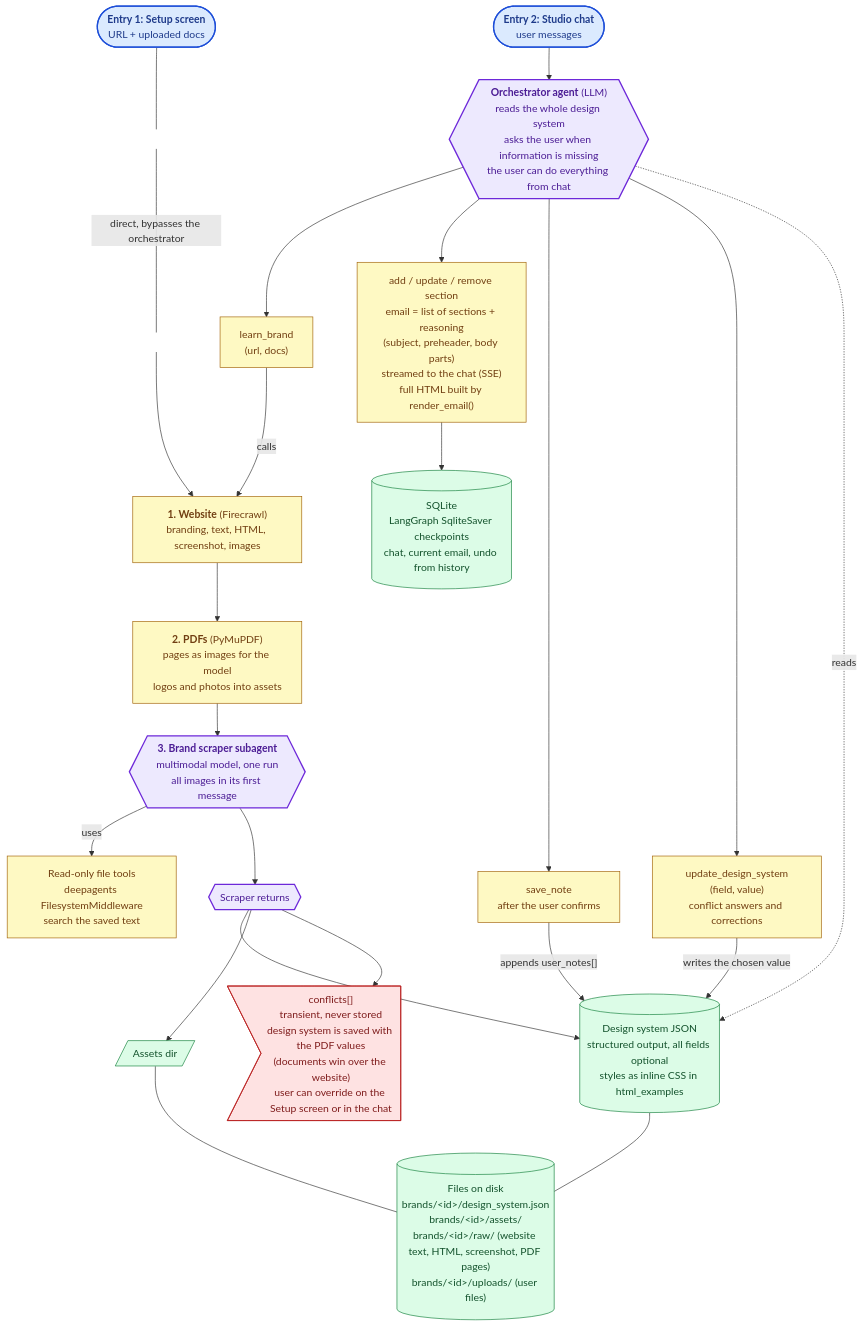
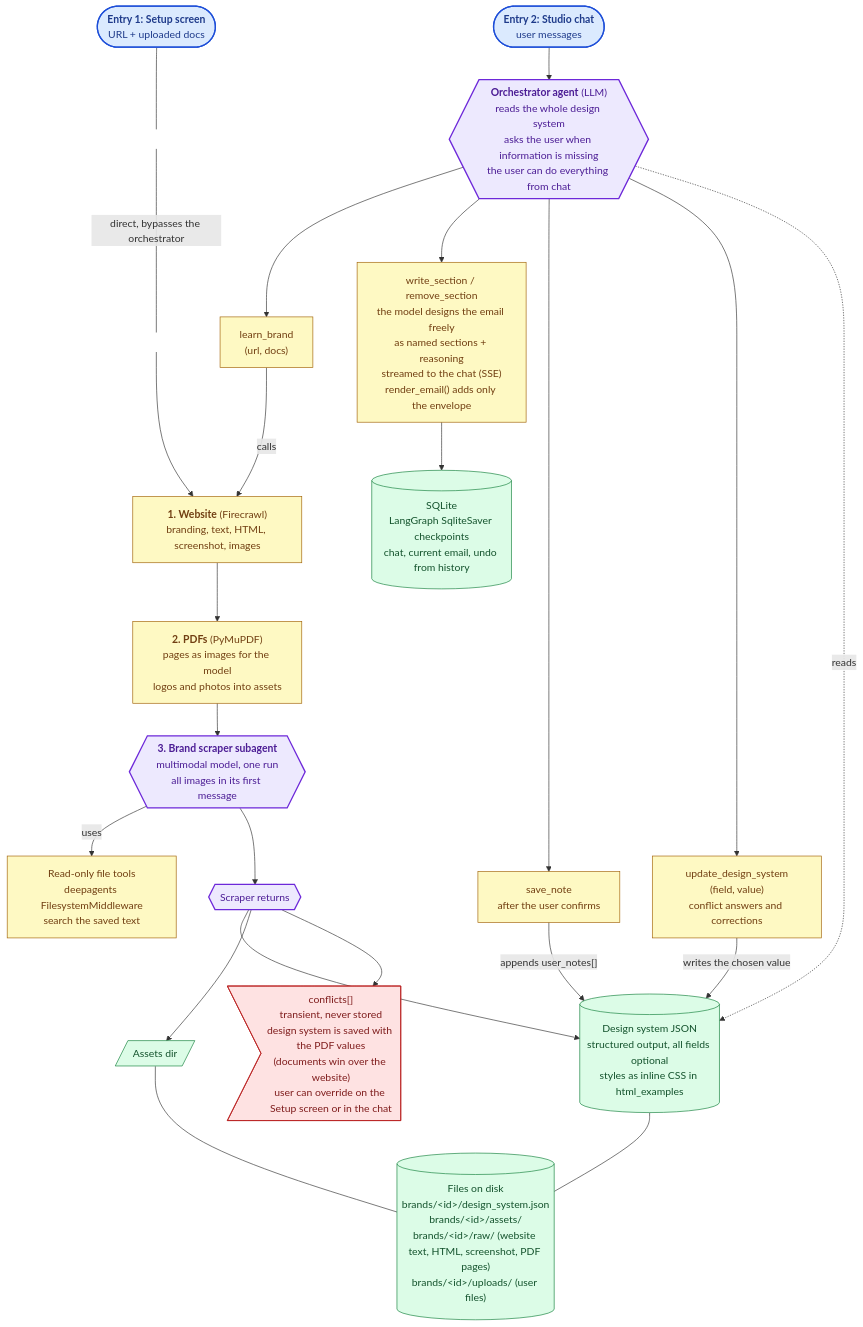
One commit to fed3c3sa/textyess-email-agent changed the diagram in README.md. Above: the diagram before and after it, drawn with Mermaid. The commit also changed other lines of this file, not shown here.

Commit message:
refine email section handling and update README for clarity on email design process

````diff
--- a/README.md
+++ b/README.md
@@ -8,67 +8,67 @@
 ```mermaid
 flowchart TB
     SETUPUI(["<b>Entry 1: Setup screen</b><br/>URL + uploaded docs"])
     CHAT(["<b>Entry 2: Studio chat</b><br/>user messages"])
 
     SCRAPER{{"<b>3. Brand scraper subagent</b><br/>multimodal model, one run<br/>all images in its first message"}}
     ORCH{{"<b>Orchestrator agent</b> (LLM)<br/>reads the whole design system<br/>asks the user when information is missing<br/>the user can do everything from chat"}}
 
     FSMW["Read-only file tools<br/>deepagents FilesystemMiddleware<br/>search the saved text"]
     WEB["<b>1. Website</b> (Firecrawl)<br/>branding, text, HTML, screenshot, images"]
     PDF["<b>2. PDFs</b> (PyMuPDF)<br/>pages as images for the model<br/>logos and photos into assets"]
 
     LEARN["learn_brand<br/>(url, docs)"]
-    SECT["add / update / remove section<br/>email = list of sections + reasoning<br/>(subject, preheader, body parts)<br/>streamed to the chat (SSE)<br/>full HTML built by render_email()"]
+    SECT["write_section / remove_section<br/>the model designs the email freely<br/>as named sections + reasoning<br/>streamed to the chat (SSE)<br/>render_email() adds only the envelope"]
     NOTE["save_note<br/>after the user confirms"]
     UPDATE["update_design_system<br/>(field, value)<br/>conflict answers and corrections"]
 
     RET{{"Scraper returns"}}
     DS[("Design system JSON<br/>structured output, all fields optional<br/>styles as inline CSS in html_examples")]
     ASSETS[/"Assets dir"/]
     CONF>"conflicts[]<br/>transient, never stored<br/>design system is saved with the PDF values<br/>(documents win over the website)<br/>user can override on the Setup screen or in the chat"]
 
     STORE[("SQLite<br/>LangGraph SqliteSaver checkpoints<br/>chat, current email, undo from history")]
     FILES[("Files on disk<br/>brands/&lt;id&gt;/design_system.json<br/>brands/&lt;id&gt;/assets/<br/>brands/&lt;id&gt;/raw/ (website text, HTML, screenshot, PDF pages)<br/>brands/&lt;id&gt;/uploads/ (user files)")]
 
     SP1[" "]
     SP2[" "]
     SETUPUI --- SP1
     SP1 -- "direct, bypasses the orchestrator" --- SP2
     SP2 --> WEB
     CHAT --> ORCH
 
     ORCH --> LEARN
     ORCH --> SECT
     ORCH --> NOTE
     ORCH --> UPDATE
     LEARN -- "calls" --> WEB
 
     WEB --> PDF
     PDF --> SCRAPER
     SCRAPER -- "uses" --> FSMW
     SCRAPER --> RET
 
     RET --> DS
     RET --> ASSETS
     RET --> CONF
 
     NOTE -- "appends user_notes[]" --> DS
     UPDATE -- "writes the chosen value" --> DS
     ORCH -. "reads" .-> DS
     SECT --> STORE
     DS --- FILES
     ASSETS --- FILES
 
     classDef hidden fill:none,stroke:none,color:none
     classDef entry fill:#dbeafe,stroke:#1d4ed8,stroke-width:2px,color:#1e3a8a
     classDef agent fill:#ede9fe,stroke:#6d28d9,stroke-width:2px,color:#4c1d95
     classDef tool fill:#fef9c3,stroke:#a16207,color:#713f12
     classDef data fill:#dcfce7,stroke:#15803d,color:#14532d
     classDef warn fill:#fee2e2,stroke:#b91c1c,color:#7f1d1d
     class SETUPUI,CHAT entry
     class ORCH,SCRAPER,RET agent
     class LEARN,SECT,NOTE,UPDATE,FSMW,WEB,PDF tool
     class DS,ASSETS,STORE,FILES data
     class CONF warn
     class SP1,SP2 hidden
 ```
````
